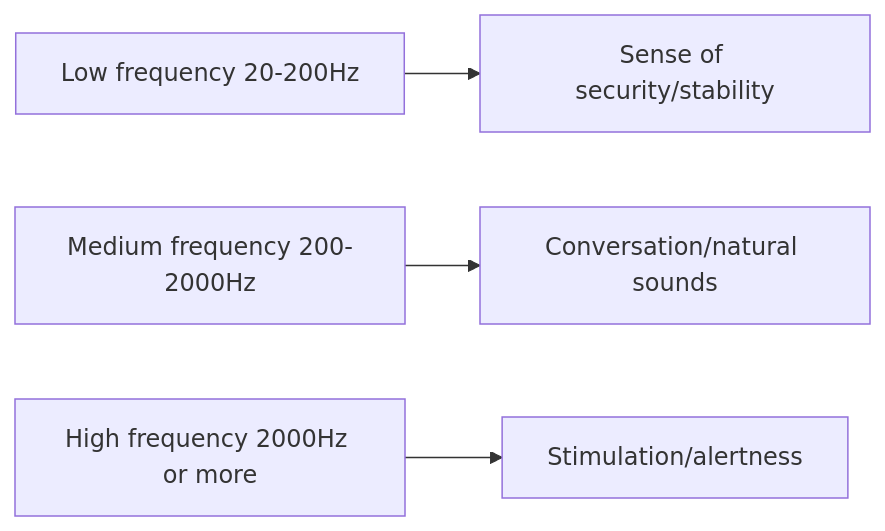
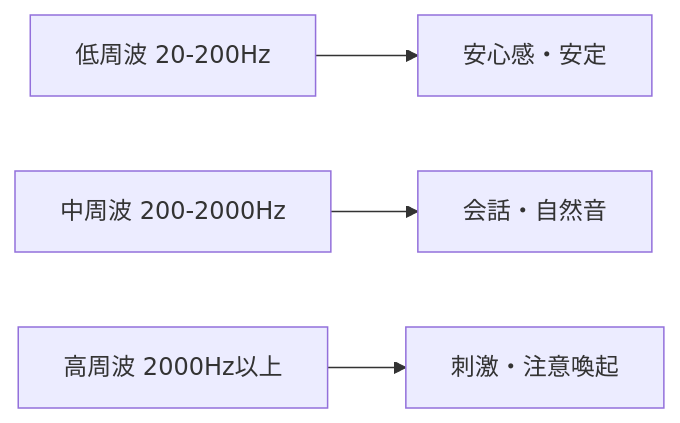
One commit to monumental-movement/monumental-movement.github.io changed the second of 6 diagrams in en/_posts/2026-04-11-column-healing-music-history.md. Above: the diagram before and after it, drawn with Mermaid. The commit also changed other lines of this file and 2196 other files, not shown here.

```diff
--- a/en/_posts/2026-04-11-column-healing-music-history.md
+++ b/en/_posts/2026-04-11-column-healing-music-history.md
@@ -163,6 +163,6 @@
 <div class="mermaid">
 graph LR
-A[Low frequency 20-200Hz] --> A1[Sense of security/stability]
-B[Medium frequency 200-2000Hz] --> B1[Conversation/natural sounds]
-C[High frequency 2000Hz or more] --> C1[Stimulation/alertness]
+A[低周波 20-200Hz] --> A1[安心感・安定]
+B[中周波 200-2000Hz] --> B1[会話・自然音]
+C[高周波 2000Hz以上] --> C1[刺激・注意喚起]
 </div>
```
